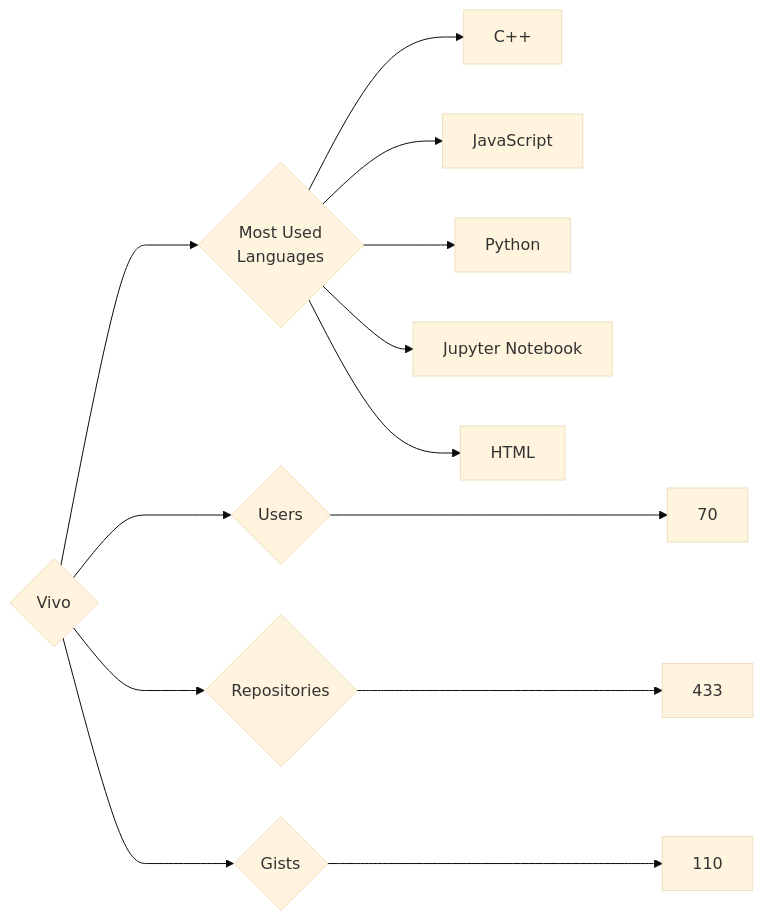
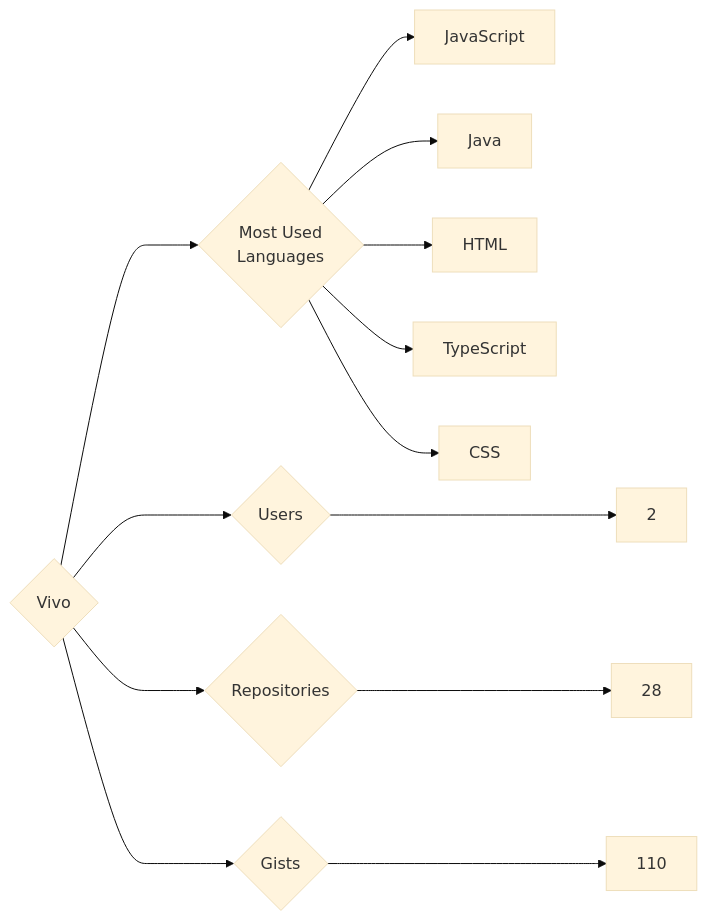
Before and after one commit to trickest/insiders: the diagram in targets/Vivo/README.md, drawn with Mermaid (base theme). The commit also changed 814 other files, not shown here.

````diff
--- a/targets/Vivo/README.md
+++ b/targets/Vivo/README.md
@@ -3,13 +3,13 @@
 ```mermaid
 graph LR
 COMPANY_NAME{Vivo}
-COMPANY_NAME ---> U{Users} ---> UN[70]
-COMPANY_NAME ---> R{Repositories} ---> RN[433]
+COMPANY_NAME ---> U{Users} ---> UN[2]
+COMPANY_NAME ---> R{Repositories} ---> RN[28]
 COMPANY_NAME ---> G{Gists} ---> GN[110]
 COMPANY_NAME ---> ML{Most Used<br>Languages}
-ML --> C++[C++]
 ML --> JavaScript[JavaScript]
-ML --> Python[Python]
-ML --> Jupyter_Notebook[Jupyter Notebook]
+ML --> Java[Java]
 ML --> HTML[HTML]
+ML --> TypeScript[TypeScript]
+ML --> CSS[CSS]
 ```
````
